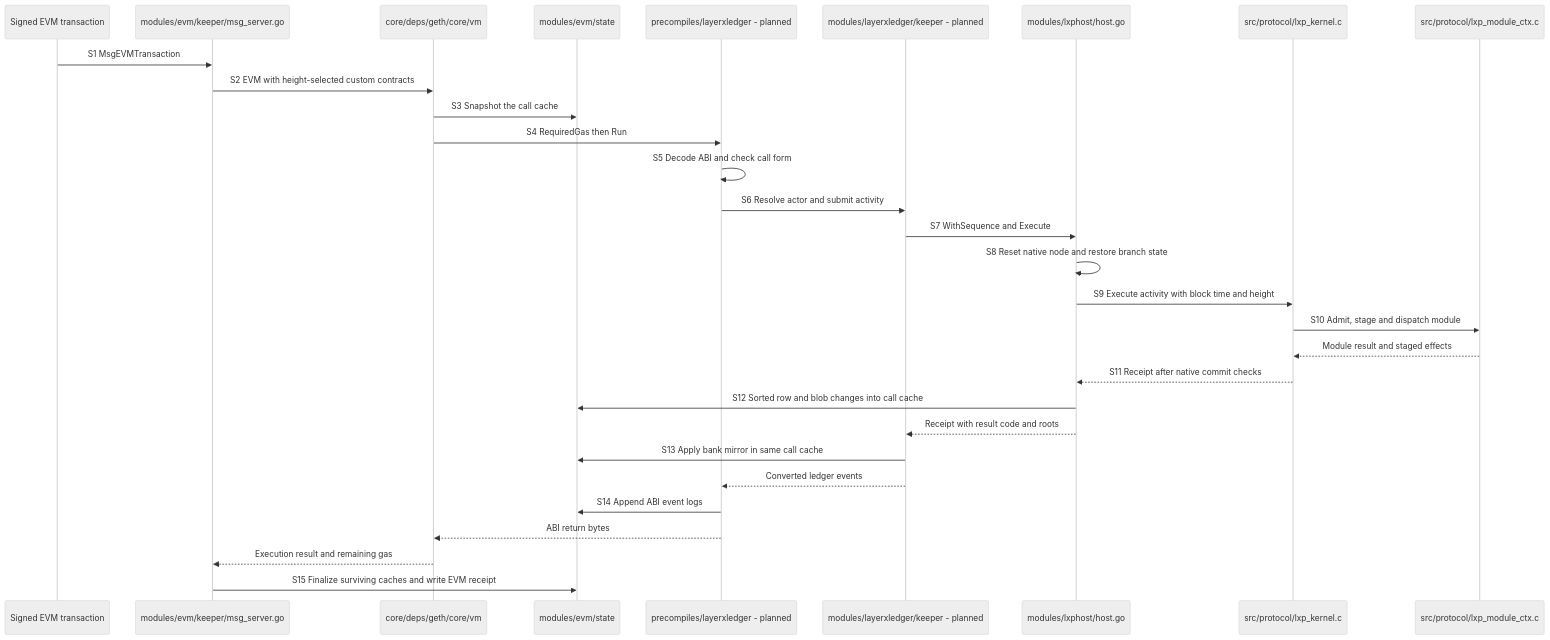
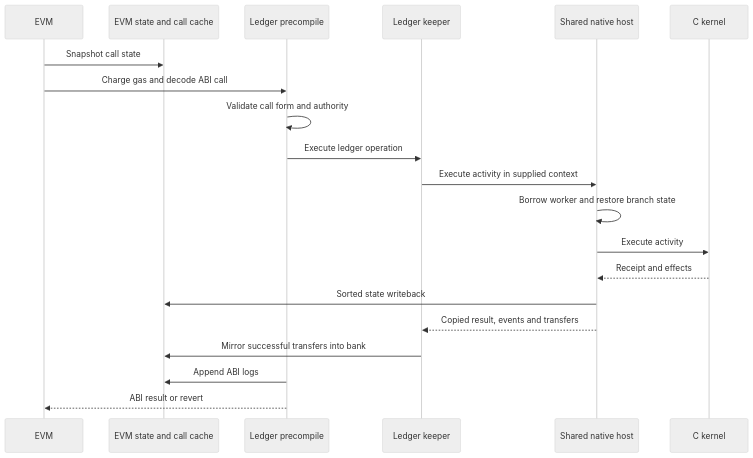
One commit to Sidiora-Labs/paxeer-monorepo changed the diagram in spec/layerx-merge/docs/architecture/kernel-and-chain.md. Above: the diagram before and after it, drawn with Mermaid (neutral theme). The commit also changed other lines of this file and 7 other files, not shown here.

````diff
--- a/spec/layerx-merge/docs/architecture/kernel-and-chain.md
+++ b/spec/layerx-merge/docs/architecture/kernel-and-chain.md
@@ -103,32 +73,22 @@
 ```mermaid
 sequenceDiagram
-    participant T as Signed EVM transaction
-    participant E as modules/evm/keeper/msg_server.go
-    participant V as core/deps/geth/core/vm
-    participant S as modules/evm/state
-    participant P as precompiles/layerxledger - planned
-    participant K as modules/layerxledger/keeper - planned
-    participant H as modules/lxphost/host.go
-    participant C as src/protocol/lxp_kernel.c
-    participant M as src/protocol/lxp_module_ctx.c
-    T->>E: S1 MsgEVMTransaction
-    E->>V: S2 EVM with height-selected custom contracts
-    V->>S: S3 Snapshot the call cache
-    V->>P: S4 RequiredGas then Run
-    P->>P: S5 Decode ABI and check call form
-    P->>K: S6 Resolve actor and submit activity
-    K->>H: S7 WithSequence and Execute
-    H->>H: S8 Reset native node and restore branch state
-    H->>C: S9 Execute activity with block time and height
-    C->>M: S10 Admit, stage and dispatch module
-    M-->>C: Module result and staged effects
-    C-->>H: S11 Receipt after native commit checks
-    H->>S: S12 Sorted row and blob changes into call cache
-    H-->>K: Receipt with result code and roots
-    K->>S: S13 Apply bank mirror in same call cache
-    K-->>P: Converted ledger events
-    P->>S: S14 Append ABI event logs
-    P-->>V: ABI return bytes
-    V-->>E: Execution result and remaining gas
-    E->>S: S15 Finalize surviving caches and write EVM receipt
+  participant E as EVM
+  participant S as EVM state and call cache
+  participant P as Ledger precompile
+  participant K as Ledger keeper
+  participant H as Shared native host
+  participant C as C kernel
+  E->>S: Snapshot call state
+  E->>P: Charge gas and decode ABI call
+  P->>P: Validate call form and authority
+  P->>K: Execute ledger operation
+  K->>H: Execute activity in supplied context
+  H->>H: Borrow worker and restore branch state
+  H->>C: Execute activity
+  C-->>H: Receipt and effects
+  H->>S: Sorted state writeback
+  H-->>K: Copied result, events and transfers
+  K->>S: Mirror successful transfers into bank
+  P->>S: Append ABI logs
+  P-->>E: ABI result or revert
 ```
````
